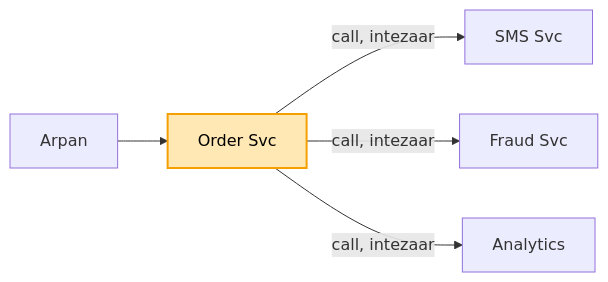
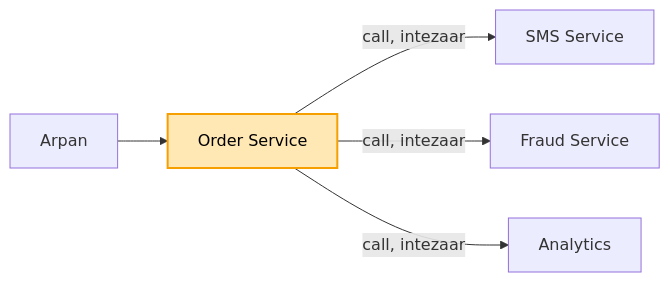
Before and after one commit to ArpanMaheshwari144/Prep: the first of 8 diagrams in 04_HLD/SYSTEM_DESIGNS/12_message_queue_kafka/12_message_queue_kafka.md, drawn with Mermaid. The commit also changed other lines of this file and 8 other files, not shown here.

````diff
--- a/04_HLD/SYSTEM_DESIGNS/12_message_queue_kafka/12_message_queue_kafka.md
+++ b/04_HLD/SYSTEM_DESIGNS/12_message_queue_kafka/12_message_queue_kafka.md
@@ -51,8 +51,8 @@
 ```mermaid
 flowchart LR
-    U["Arpan"] --> O["Order Svc"]
-    O -- "call, intezaar" --> S["SMS Svc"]
-    O -- "call, intezaar" --> F["Fraud Svc"]
+    U["Arpan"] --> O["Order Service"]
+    O -- "call, intezaar" --> S["SMS Service"]
+    O -- "call, intezaar" --> F["Fraud Service"]
     O -- "call, intezaar" --> A["Analytics"]
     style O fill:#ffe8b3,stroke:#f59f00,stroke-width:2px,color:#000
 ```
````
